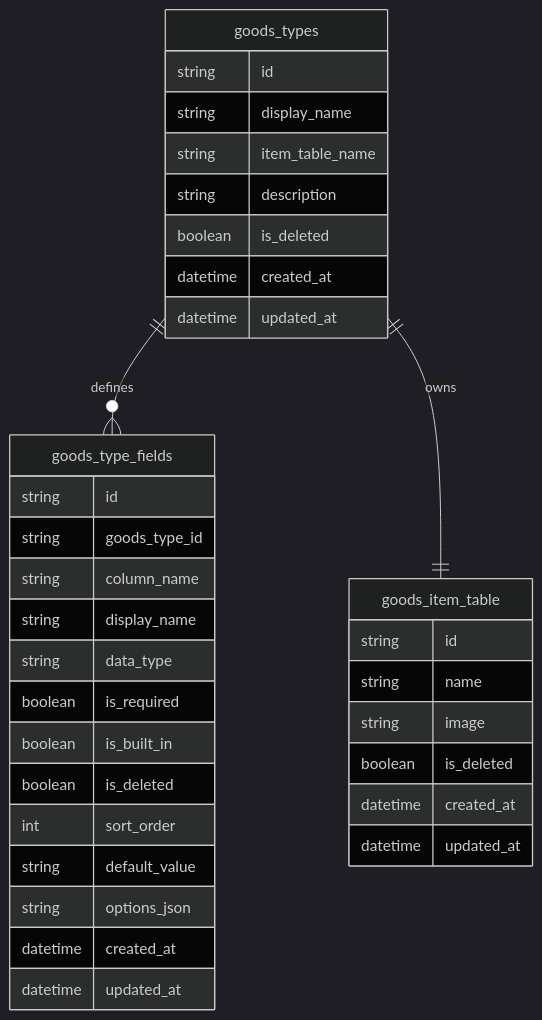
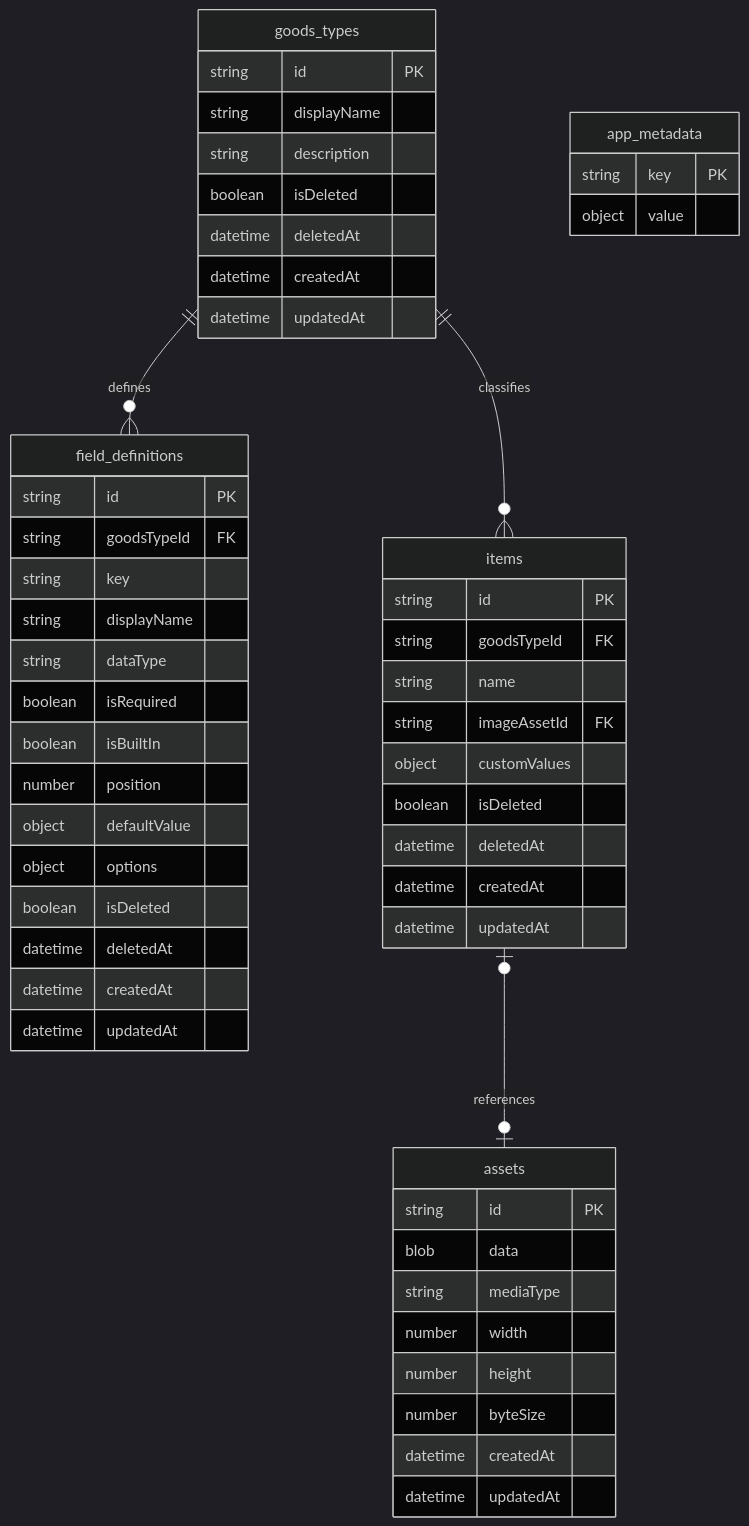
The first of 4 diagrams in docs/data-model.md (Uduru0522/wotagoods-manager), drawn with Mermaid (dark theme) before and after one commit. The commit also changed other lines of this file and 3 other files, not shown here.

````diff
--- a/docs/data-model.md
+++ b/docs/data-model.md
@@ -33,40 +45,61 @@
 ```mermaid
 erDiagram
-  goods_types ||--o{ goods_type_fields : defines
-  goods_types ||--|| goods_item_table : owns
+  goods_types ||--o{ field_definitions : defines
+  goods_types ||--o{ items : classifies
+  items o|--o| assets : references
 
   goods_types {
-    string id
-    string display_name
-    string item_table_name
+    string id PK
+    string displayName
     string description
-    boolean is_deleted
-    datetime created_at
-    datetime updated_at
+    boolean isDeleted
+    datetime deletedAt
+    datetime createdAt
+    datetime updatedAt
   }
 
-  goods_type_fields {
-    string id
-    string goods_type_id
-    string column_name
-    string display_name
-    string data_type
-    boolean is_required
-    boolean is_built_in
-    boolean is_deleted
-    int sort_order
-    string default_value
-    string options_json
-    datetime created_at
-    datetime updated_at
+  field_definitions {
+    string id PK
+    string goodsTypeId FK
+    string key
+    string displayName
+    string dataType
+    boolean isRequired
+    boolean isBuiltIn
+    number position
+    object defaultValue
+    object options
+    boolean isDeleted
+    datetime deletedAt
+    datetime createdAt
+    datetime updatedAt
   }
 
-  goods_item_table {
-    string id
+  items {
+    string id PK
+    string goodsTypeId FK
     string name
-    string image
-    boolean is_deleted
-    datetime created_at
-    datetime updated_at
+    string imageAssetId FK
+    object customValues
+    boolean isDeleted
+    datetime deletedAt
+    datetime createdAt
+    datetime updatedAt
+  }
+
+  assets {
+    string id PK
+    blob data
+    string mediaType
+    number width
+    number height
+    number byteSize
+    datetime createdAt
+    datetime updatedAt
+  }
+
+  app_metadata {
+    string key PK
+    object value
   }
 ```
````
